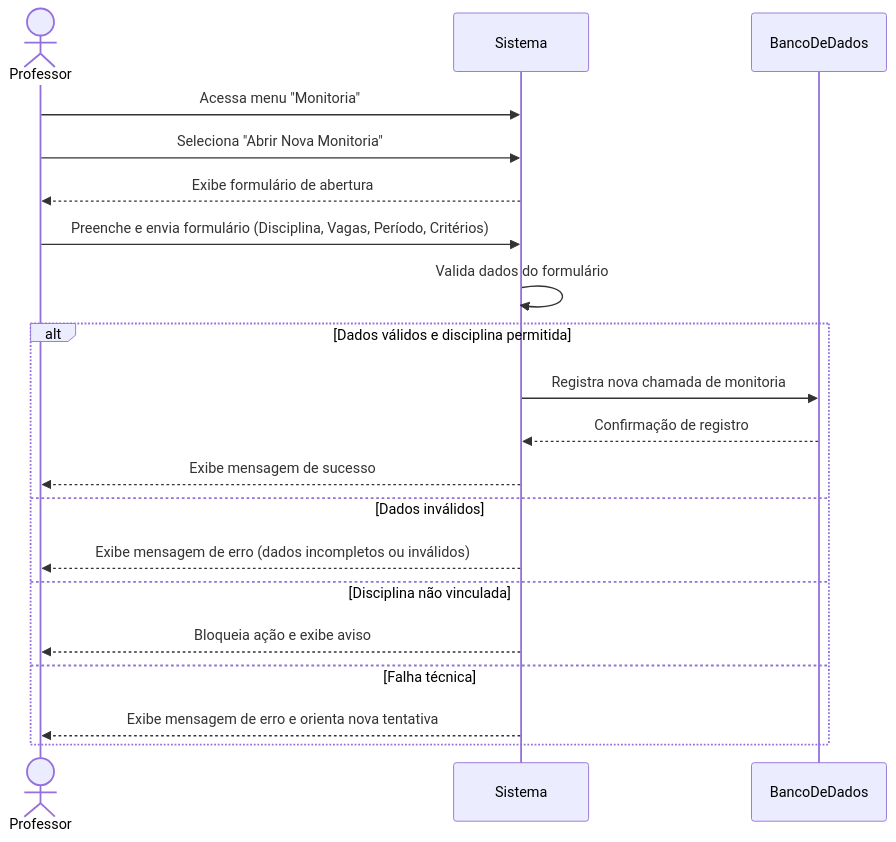
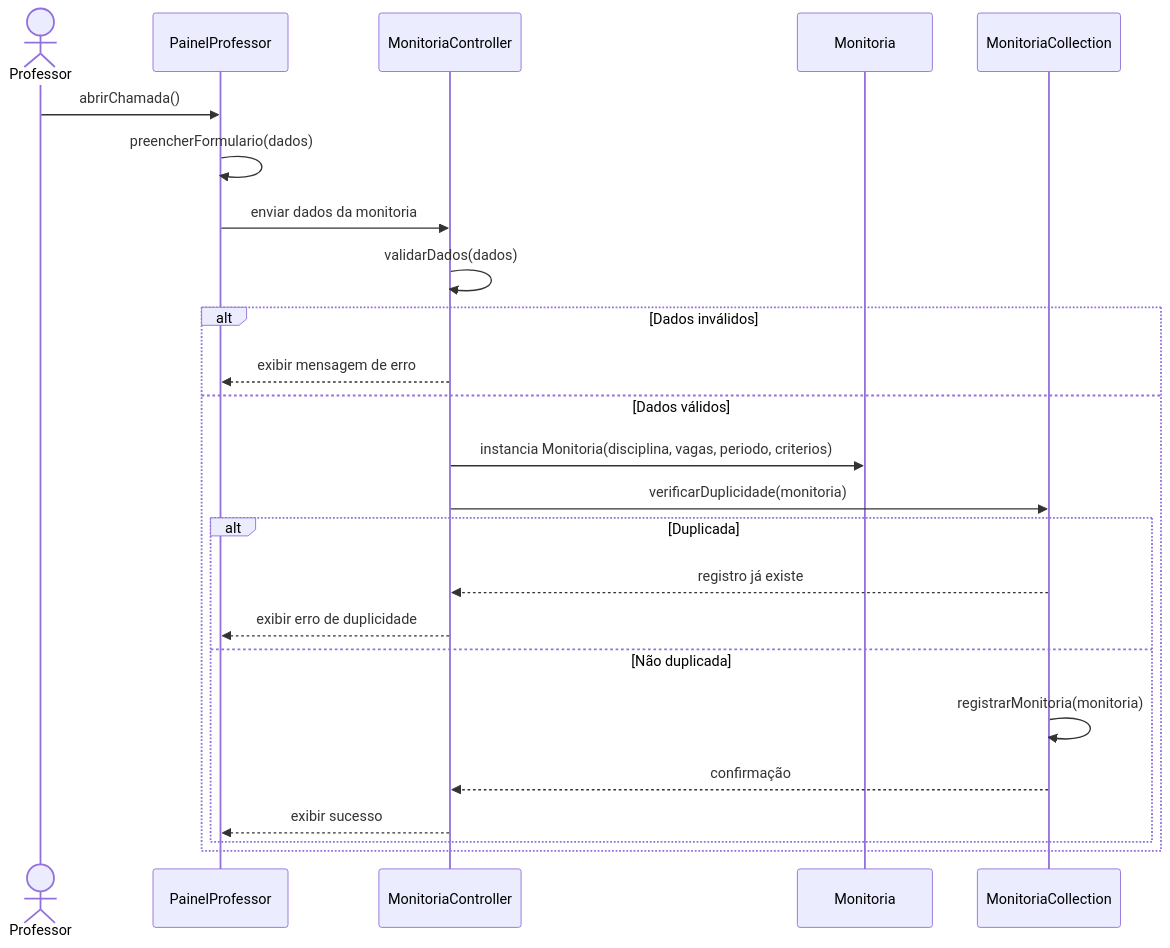
One commit to crgfclaudio/Projeto_APS_2025 changed the diagram in docs/src/25Diagrama_de_Sequencia_Abrir_Monitoria.md. Above: the diagram before and after it, drawn with Mermaid.

Commit message:
Update 25Diagrama_de_Sequencia_Abrir_Monitoria.md
Atualização

````diff
--- a/docs/src/25Diagrama_de_Sequencia_Abrir_Monitoria.md
+++ b/docs/src/25Diagrama_de_Sequencia_Abrir_Monitoria.md
@@ -3,25 +3,28 @@
 ```mermaid
 sequenceDiagram
     actor Professor
-    participant Sistema
-    participant BancoDeDados
+    participant PainelProfessor
+    participant MonitoriaController
+    participant Monitoria
+    participant MonitoriaCollection
 
-    Professor->>Sistema: Acessa menu "Monitoria"
-    Professor->>Sistema: Seleciona "Abrir Nova Monitoria"
-    Sistema-->>Professor: Exibe formulário de abertura
+    Professor->>PainelProfessor: abrirChamada()
+    PainelProfessor->>PainelProfessor: preencherFormulario(dados)
+    PainelProfessor->>MonitoriaController: enviar dados da monitoria
 
-    Professor->>Sistema: Preenche e envia formulário (Disciplina, Vagas, Período, Critérios)
-    Sistema->>Sistema: Valida dados do formulário
-
-    alt Dados válidos e disciplina permitida
-        Sistema->>BancoDeDados: Registra nova chamada de monitoria
-        BancoDeDados-->>Sistema: Confirmação de registro
-        Sistema-->>Professor: Exibe mensagem de sucesso
-    else Dados inválidos
-        Sistema-->>Professor: Exibe mensagem de erro (dados incompletos ou inválidos)
-    else Disciplina não vinculada
-        Sistema-->>Professor: Bloqueia ação e exibe aviso
-    else Falha técnica
-        Sistema-->>Professor: Exibe mensagem de erro e orienta nova tentativa
+    MonitoriaController->>MonitoriaController: validarDados(dados)
+    alt Dados inválidos
+        MonitoriaController-->>PainelProfessor: exibir mensagem de erro
+    else Dados válidos
+        MonitoriaController->>Monitoria: instancia Monitoria(disciplina, vagas, periodo, criterios)
+        MonitoriaController->>MonitoriaCollection: verificarDuplicidade(monitoria)
+        alt Duplicada
+            MonitoriaCollection-->>MonitoriaController: registro já existe
+            MonitoriaController-->>PainelProfessor: exibir erro de duplicidade
+        else Não duplicada
+            MonitoriaCollection->>MonitoriaCollection: registrarMonitoria(monitoria)
+            MonitoriaCollection-->>MonitoriaController: confirmação
+            MonitoriaController-->>PainelProfessor: exibir sucesso
+        end
     end
 ```
````
